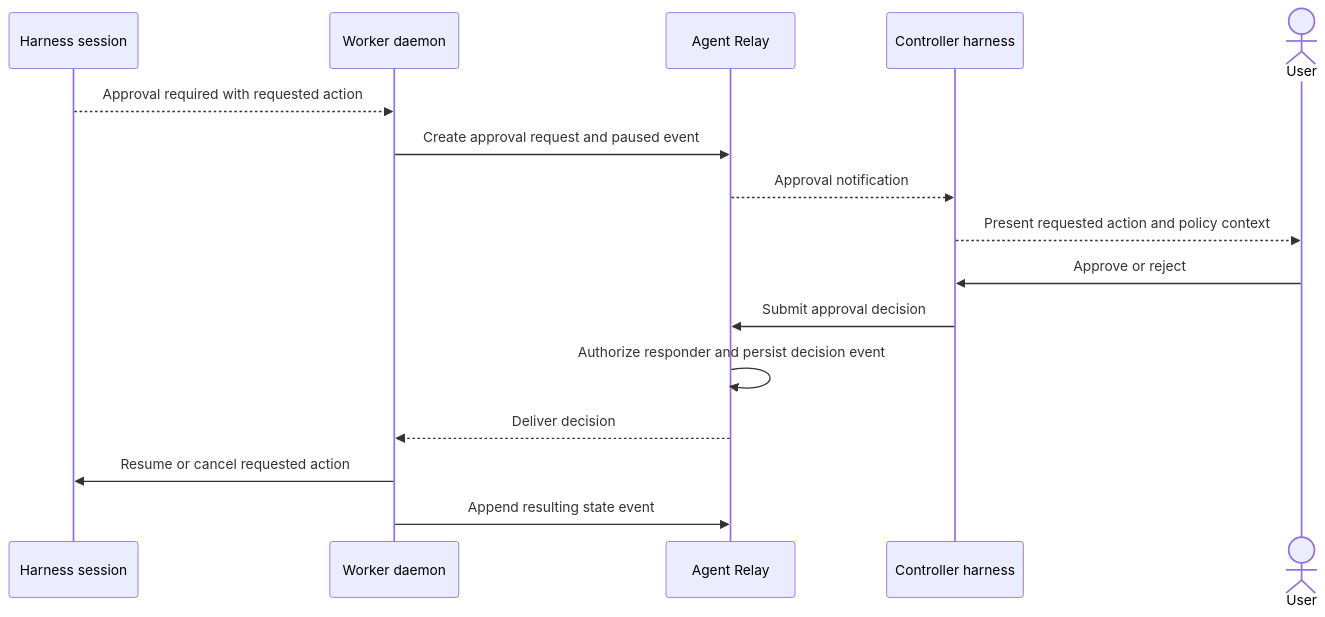
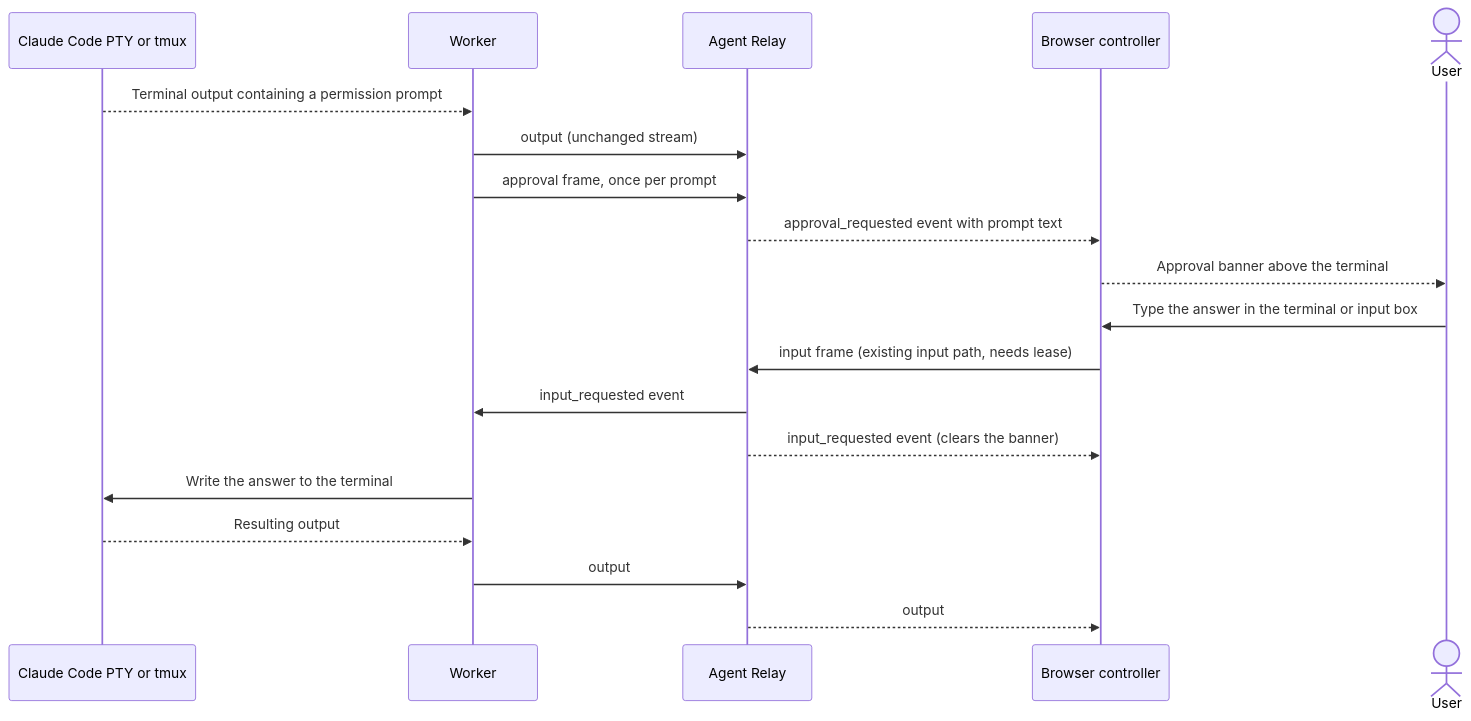
One commit to connectwithprakash/agent-relay changed the fourth of 6 diagrams in docs/cross-harness-control-user-flows.md. Above: the diagram before and after it, drawn with Mermaid. The commit also changed other lines of this file and 1 other file, not shown here.

Commit message:
docs(control): document resize, approval banner, tmux profile and frames
Add short README sections for terminal resize, the approval banner and
the claude-code-tmux profile with a control stream frames table, and
rewrite the approval user flow around the live banner and input path.

````diff
--- a/docs/cross-harness-control-user-flows.md
+++ b/docs/cross-harness-control-user-flows.md
@@ -147,19 +147,22 @@
 ```mermaid
 sequenceDiagram
-    participant H as Harness session
-    participant W as Worker daemon
+    participant H as Claude Code PTY or tmux
+    participant W as Worker
     participant R as Agent Relay
-    participant C as Controller harness
+    participant B as Browser controller
     actor User
 
-    H-->>W: Approval required with requested action
-    W->>R: Create approval request and paused event
-    R-->>C: Approval notification
-    C-->>User: Present requested action and policy context
-    User->>C: Approve or reject
-    C->>R: Submit approval decision
-    R->>R: Authorize responder and persist decision event
-    R-->>W: Deliver decision
-    W->>H: Resume or cancel requested action
-    W->>R: Append resulting state event
+    H-->>W: Terminal output containing a permission prompt
+    W->>R: output (unchanged stream)
+    W->>R: approval frame, once per prompt
+    R-->>B: approval_requested event with prompt text
+    B-->>User: Approval banner above the terminal
+    User->>B: Type the answer in the terminal or input box
+    B->>R: input frame (existing input path, needs lease)
+    R->>W: input_requested event
+    R-->>B: input_requested event (clears the banner)
+    W->>H: Write the answer to the terminal
+    H-->>W: Resulting output
+    W->>R: output
+    R-->>B: output
 ```
````
